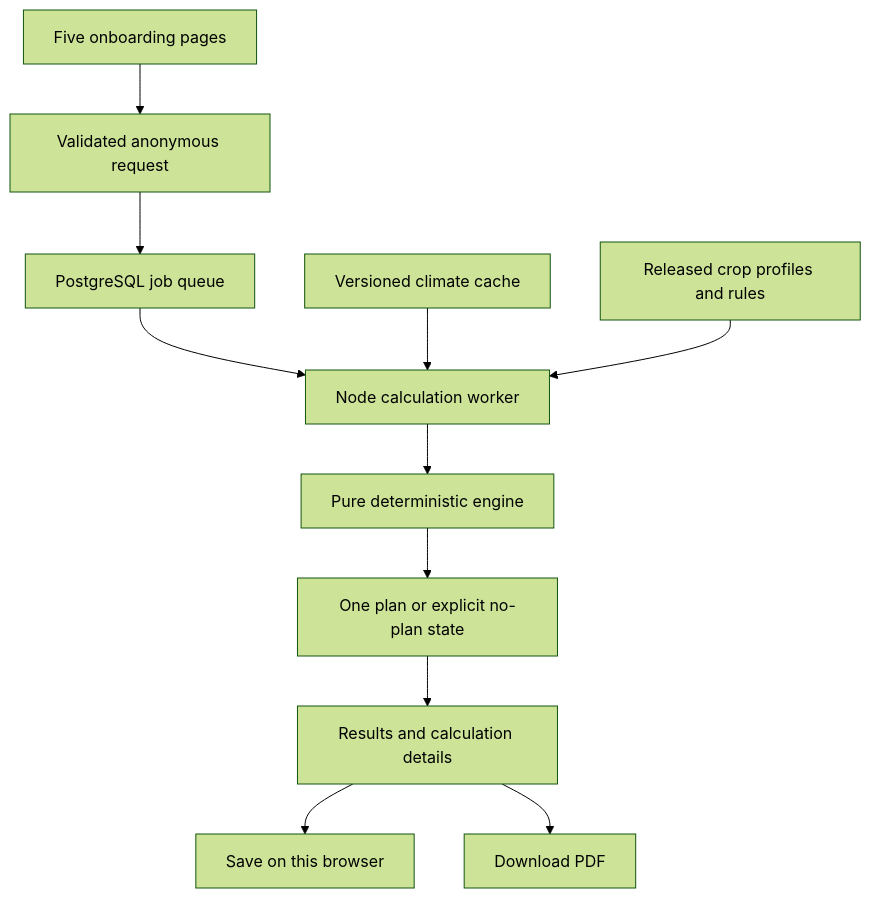
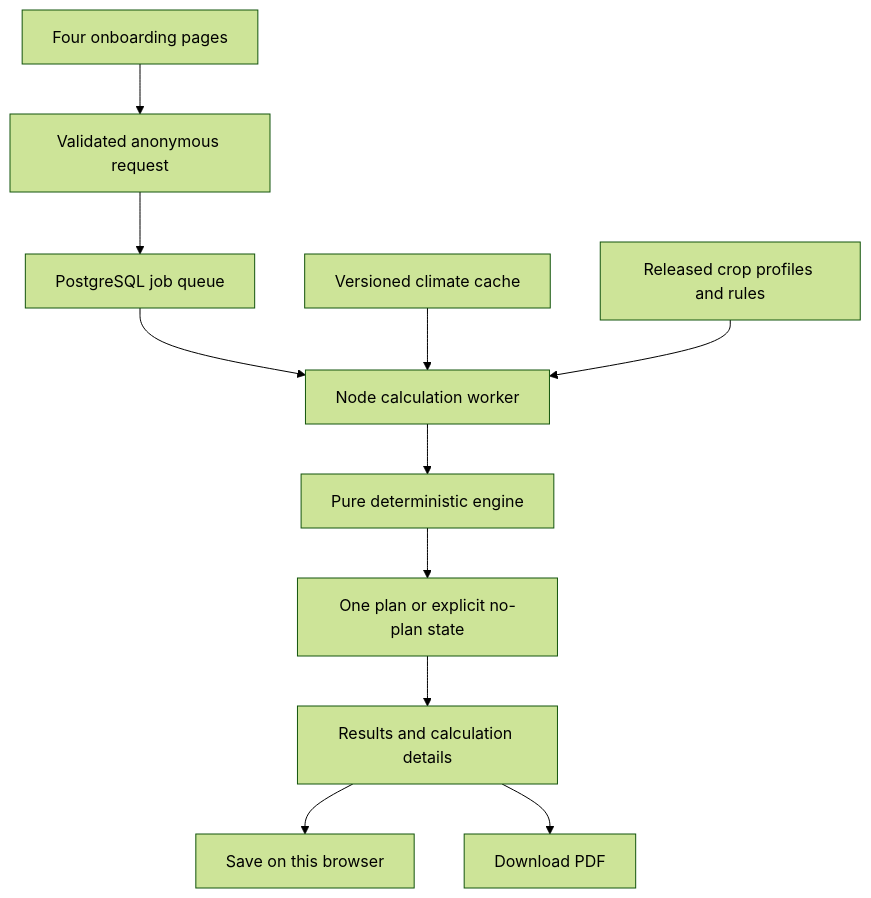
The diagram in spec.md (Quantomz/gilir), drawn with Mermaid (forest theme) before and after one commit. The commit also changed other lines of this file and 11 other files, not shown here.

````diff
--- a/spec.md
+++ b/spec.md
@@ -395,13 +382,13 @@
 ```mermaid
 flowchart TD
-    A[Five onboarding pages] --> B[Validated anonymous request]
+    A[Four onboarding pages] --> B[Validated anonymous request]
     B --> C[PostgreSQL job queue]
     C --> D[Node calculation worker]
     E[Versioned climate cache] --> D
     F[Released crop profiles and rules] --> D
     D --> G[Pure deterministic engine]
     G --> H[One plan or explicit no-plan state]
     H --> I[Results and calculation details]
     I --> J[Save on this browser]
     I --> K[Download PDF]
 ```
````
